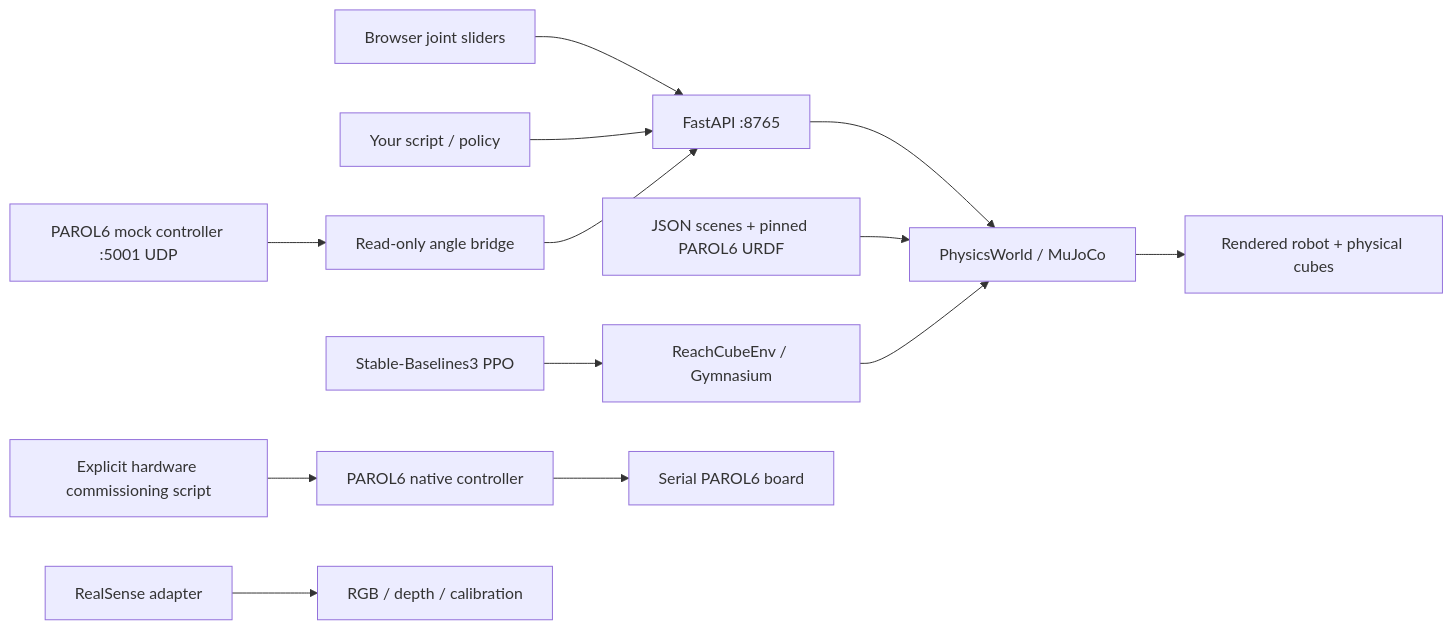
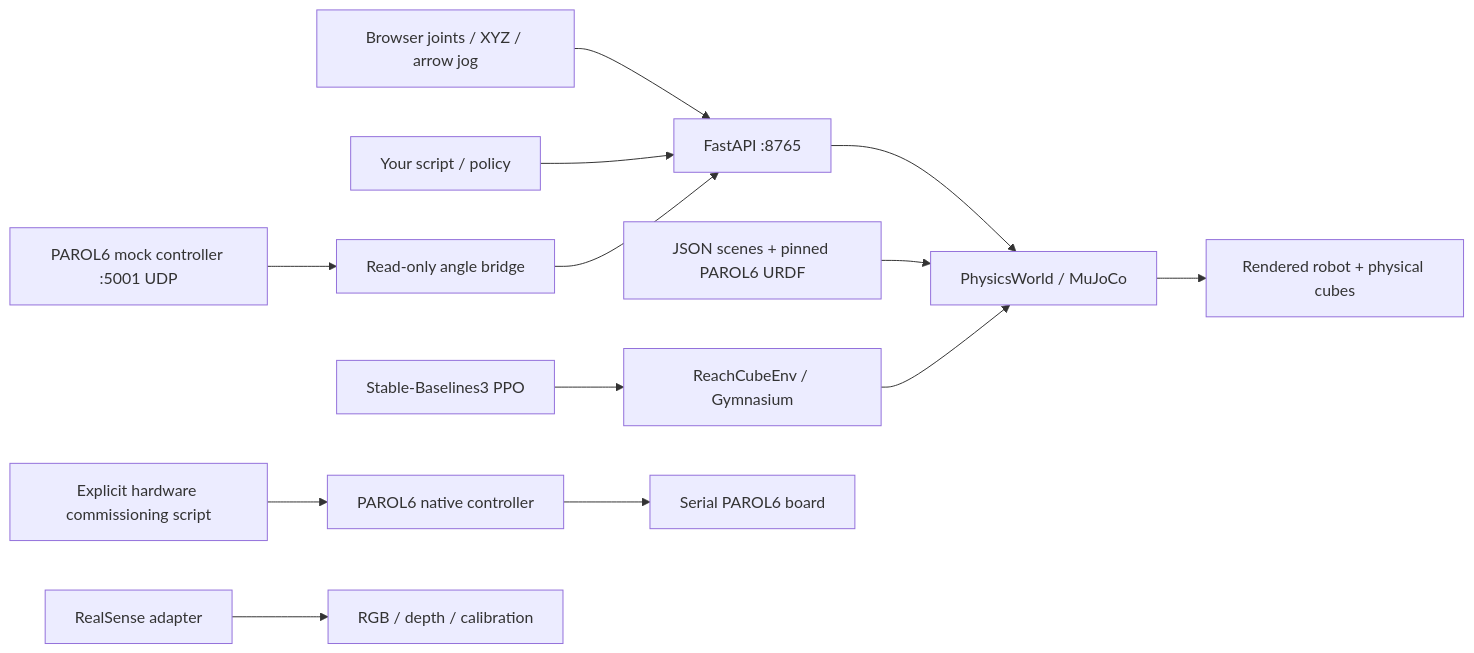
Before and after one commit to Takodachi696969/computer-vision: the diagram in docs/architecture.md, drawn with Mermaid. The commit also changed other lines of this file and 18 other files, not shown here.

````diff
--- a/docs/architecture.md
+++ b/docs/architecture.md
@@ -5,15 +5,15 @@
 ```mermaid
 flowchart LR
-    UI[Browser joint sliders] --> API[FastAPI :8765]
+    UI[Browser joints / XYZ / arrow jog] --> API[FastAPI :8765]
     Script[Your script / policy] --> API
     API --> World[PhysicsWorld / MuJoCo]
     Scenes[JSON scenes + pinned PAROL6 URDF] --> World
     World --> Frame[Rendered robot + physical cubes]
     Env[ReachCubeEnv / Gymnasium] --> World
     PPO[Stable-Baselines3 PPO] --> Env
     Upstream[PAROL6 mock controller :5001 UDP] --> Bridge[Read-only angle bridge]
     Bridge --> API
     Hardware[Explicit hardware commissioning script] --> Native[PAROL6 native controller]
     Native --> Arm[Serial PAROL6 board]
     Camera[RealSense adapter] --> Data[RGB / depth / calibration]
 ```
````
